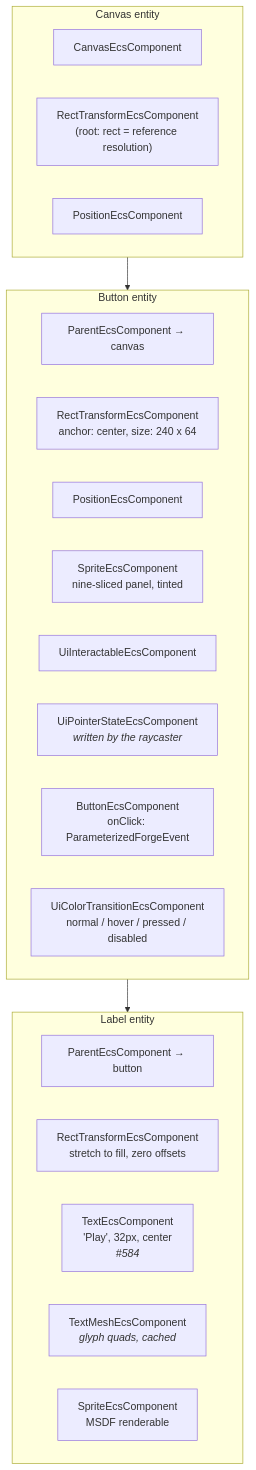
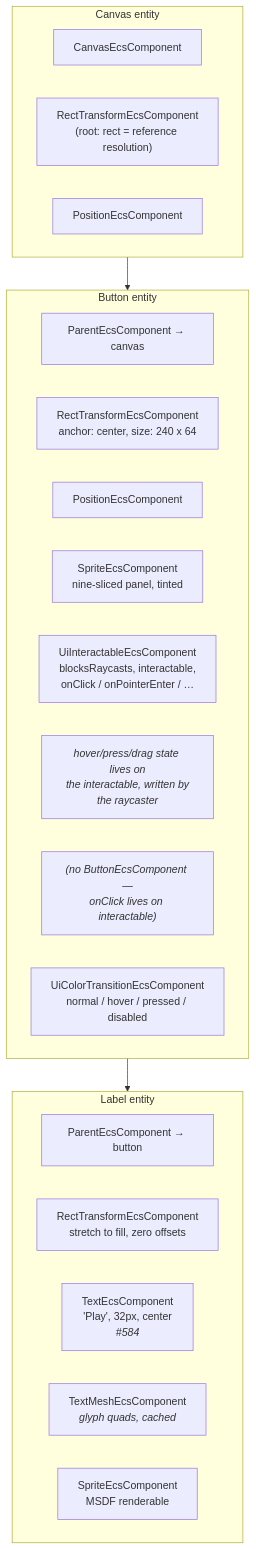
Before and after one commit to Forge-Game-Engine/Forge: the second of 6 diagrams in design/ui-system.md, drawn with Mermaid. The commit also changed other lines of this file, not shown here.

First line of the commit message:
docs(ui): move interaction events onto the interactable, drop ButtonEcsComponent

````diff
--- a/design/ui-system.md
+++ b/design/ui-system.md
@@ -283,29 +283,29 @@
 ```mermaid
 flowchart TD
     subgraph canvas["Canvas entity"]
         C1["CanvasEcsComponent"]
         C2["RectTransformEcsComponent<br/>(root: rect = reference resolution)"]
         C3["PositionEcsComponent"]
     end
 
     subgraph button["Button entity"]
         B1["ParentEcsComponent → canvas"]
         B2["RectTransformEcsComponent<br/>anchor: center, size: 240 x 64"]
         B3["PositionEcsComponent"]
         B4["SpriteEcsComponent<br/>nine-sliced panel, tinted"]
-        B5["UiInteractableEcsComponent"]
-        B6["UiPointerStateEcsComponent<br/><i>written by the raycaster</i>"]
-        B7["ButtonEcsComponent<br/>onClick: ParameterizedForgeEvent"]
+        B5["UiInteractableEcsComponent<br/>blocksRaycasts, interactable,<br/>onClick / onPointerEnter / …"]
+        B6["<i>hover/press/drag state lives on<br/>the interactable, written by<br/>the raycaster</i>"]
+        B7["<i>(no ButtonEcsComponent —<br/>onClick lives on interactable)</i>"]
         B8["UiColorTransitionEcsComponent<br/>normal / hover / pressed / disabled"]
     end
 
     subgraph label["Label entity"]
         L1["ParentEcsComponent → button"]
         L2["RectTransformEcsComponent<br/>stretch to fill, zero offsets"]
         L3["TextEcsComponent<br/>'Play', 32px, center<br/><i>#584</i>"]
         L4["TextMeshEcsComponent<br/><i>glyph quads, cached</i>"]
         L5["SpriteEcsComponent<br/>MSDF renderable"]
     end
 
     canvas --> button --> label
 ```
````
